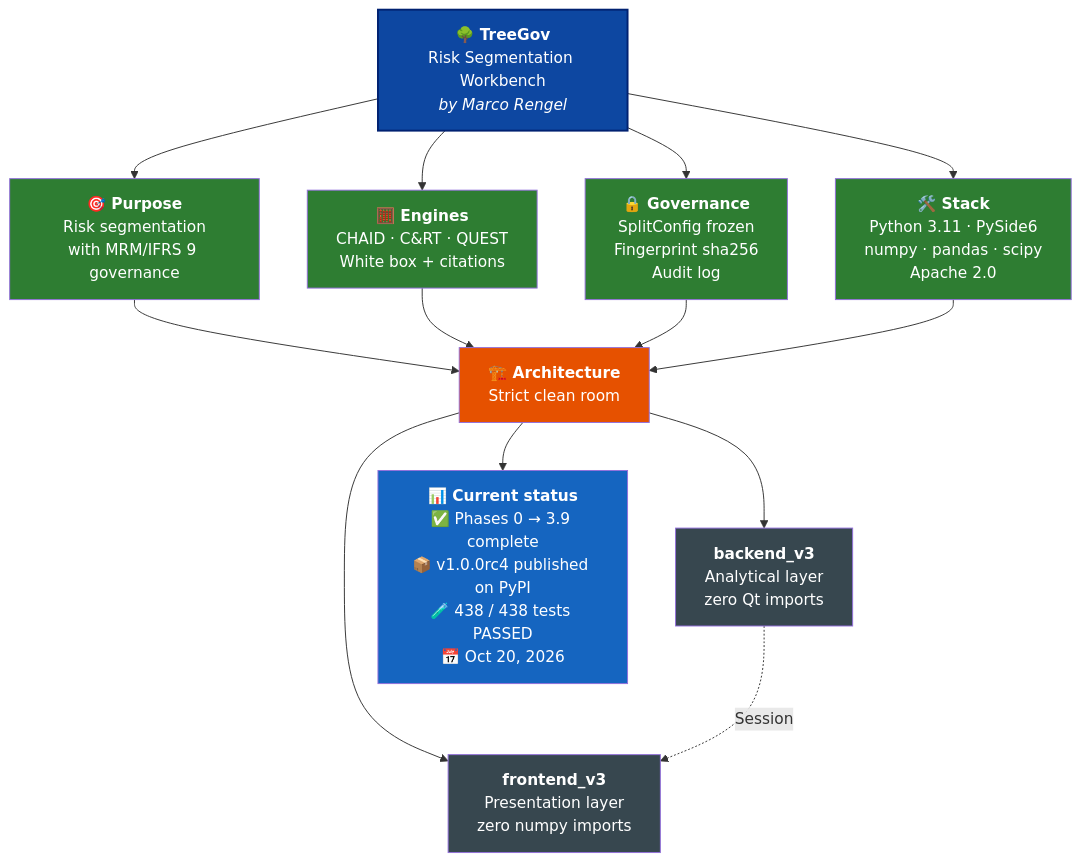
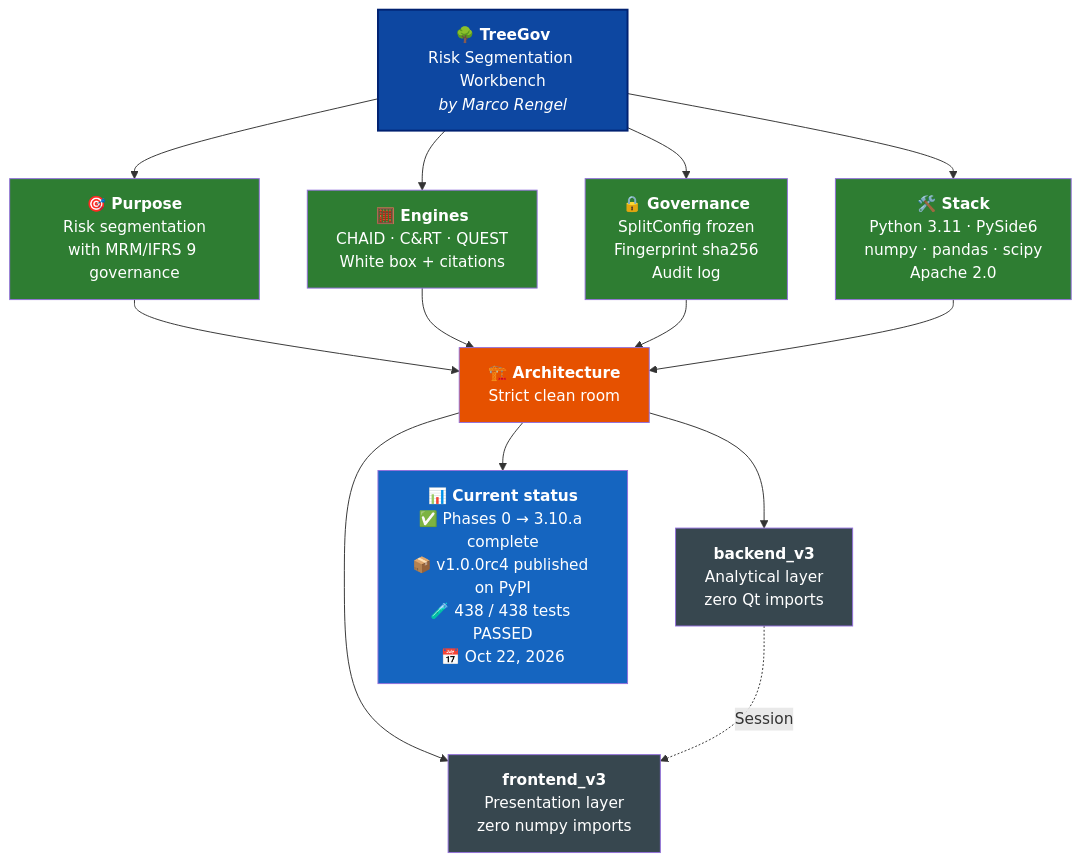
One commit to Marco-Rengel/treegov changed the diagram in README.md. Above: the diagram before and after it, drawn with Mermaid. The commit also changed other lines of this file and 6 other files, not shown here.

````diff
--- a/README.md
+++ b/README.md
@@ -36,31 +36,31 @@
 ```mermaid
 flowchart TB
     TG["<b>🌳 TreeGov</b><br/>Risk Segmentation Workbench<br/><i>by Marco Rengel</i>"]
 
     TG --> P["<b>🎯 Purpose</b><br/>Risk segmentation<br/>with MRM/IFRS 9 governance"]
     TG --> M["<b>🧮 Engines</b><br/>CHAID · C&RT · QUEST<br/>White box + citations"]
     TG --> G["<b>🔒 Governance</b><br/>SplitConfig frozen<br/>Fingerprint sha256<br/>Audit log"]
     TG --> S["<b>🛠️ Stack</b><br/>Python 3.11 · PySide6<br/>numpy · pandas · scipy<br/>Apache 2.0"]
 
     P --> ARQ["<b>🏗️ Architecture</b><br/>Strict clean room"]
     M --> ARQ
     G --> ARQ
     S --> ARQ
 
     ARQ --> BE["<b>backend_v3</b><br/>Analytical layer<br/>zero Qt imports"]
     ARQ --> FE["<b>frontend_v3</b><br/>Presentation layer<br/>zero numpy imports"]
 
     BE -.->|Session| FE
 
-    ARQ --> ST["<b>📊 Current status</b><br/>✅ Phases 0 → 3.9 complete<br/>📦 v1.0.0rc4 published on PyPI<br/>🧪 438 / 438 tests PASSED<br/>📅 Oct 20, 2026"]
+    ARQ --> ST["<b>📊 Current status</b><br/>✅ Phases 0 → 3.10.a complete<br/>📦 v1.0.0rc4 published on PyPI<br/>🧪 438 / 438 tests PASSED<br/>📅 Oct 22, 2026"]
 
     style TG fill:#0D47A1,color:#fff,stroke:#002171,stroke-width:2px
     style P fill:#2E7D32,color:#fff
     style M fill:#2E7D32,color:#fff
     style G fill:#2E7D32,color:#fff
     style S fill:#2E7D32,color:#fff
     style ARQ fill:#E65100,color:#fff
     style BE fill:#37474F,color:#fff
     style FE fill:#37474F,color:#fff
     style ST fill:#1565C0,color:#fff
 ```
````
